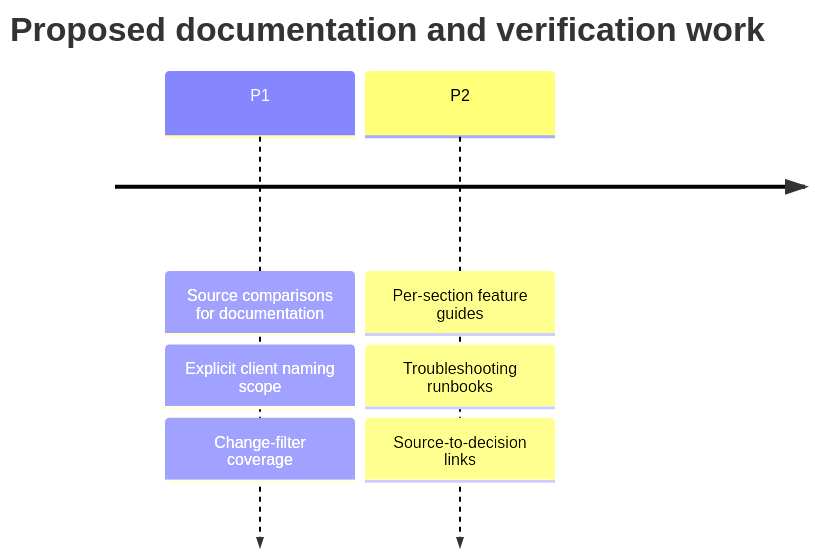
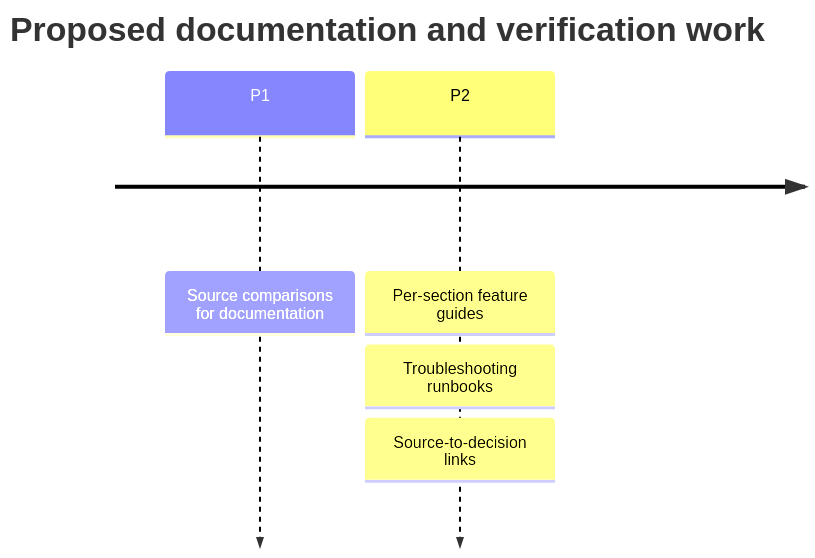
The diagram in docs/handbook/roadmap.md (erikunha/portfolio), drawn with Mermaid before and after one commit. The commit also changed other lines of this file and 9 other files, not shown here.

````diff
--- a/docs/handbook/roadmap.md
+++ b/docs/handbook/roadmap.md
@@ -18,10 +16,8 @@
 ```mermaid
 timeline
     title Proposed documentation and verification work
     P1 : Source comparisons for documentation
-       : Explicit client naming scope
-       : Change-filter coverage
     P2 : Per-section feature guides
        : Troubleshooting runbooks
        : Source-to-decision links
 ```
````
